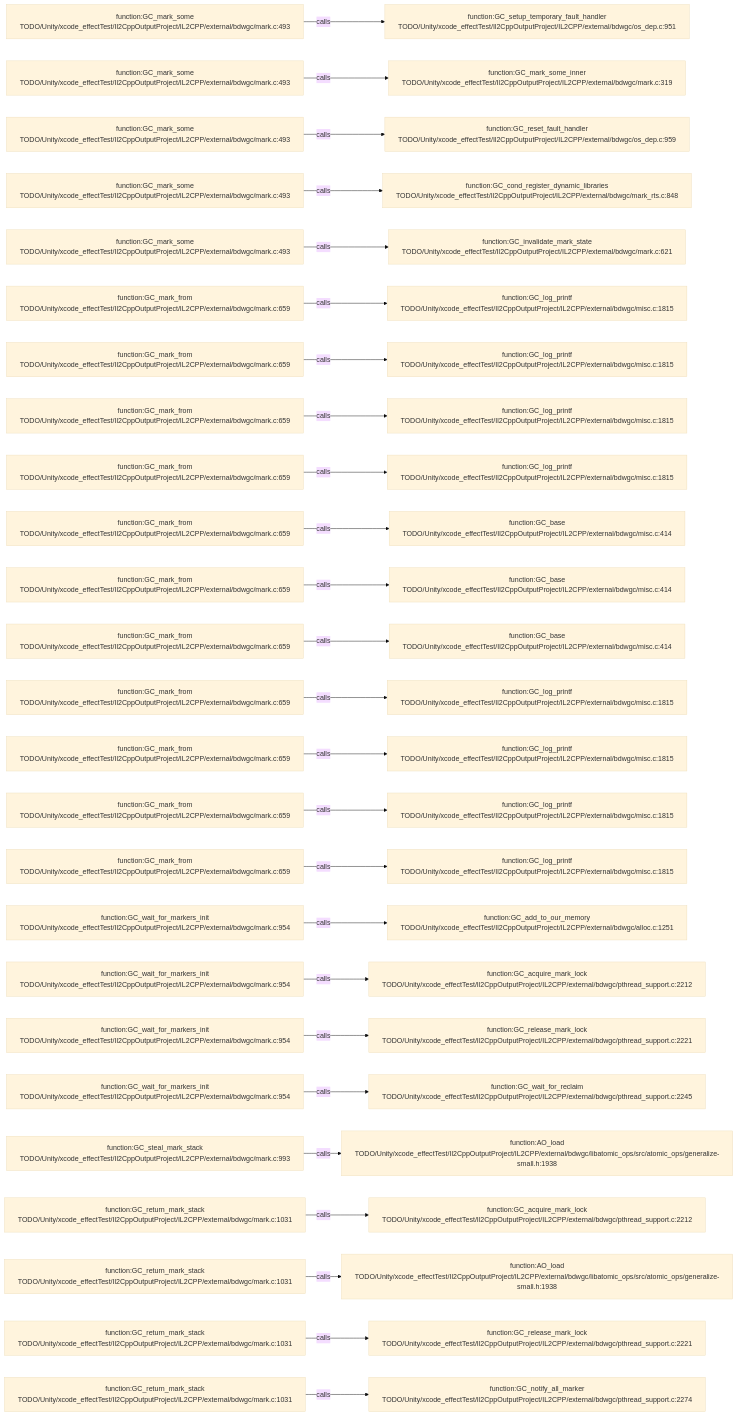
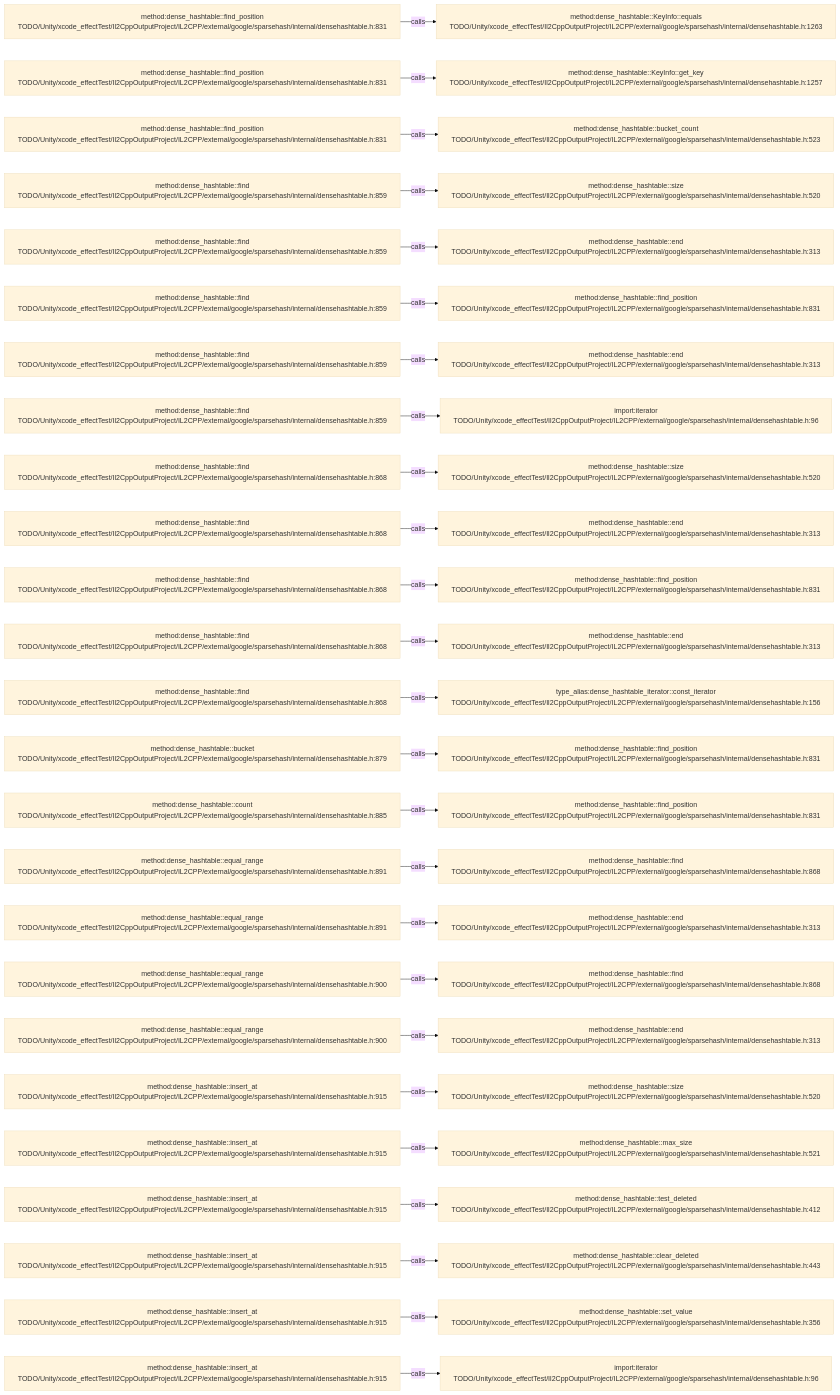
Before and after one commit to JobsKits/JobsSwiftBaseConfigDemo: the diagram in .codegraph/codegraph.md/graphs/calls-197.md, drawn with Mermaid (base theme). The commit also changed 227 other files, not shown here.

````diff
--- a/.codegraph/codegraph.md/graphs/calls-197.md
+++ b/.codegraph/codegraph.md/graphs/calls-197.md
@@ -13,78 +13,78 @@
 ```mermaid
 flowchart LR
-  S1["function:GC_mark_some<br/>TODO/Unity/xcode_effectTest/Il2CppOutputProject/IL2CPP/external/bdwgc/mark.c:493"]
-  T1["function:GC_setup_temporary_fault_handler<br/>TODO/Unity/xcode_effectTest/Il2CppOutputProject/IL2CPP/external/bdwgc/os_dep.c:951"]
+  S1["method:dense_hashtable::find_position<br/>TODO/Unity/xcode_effectTest/Il2CppOutputProject/IL2CPP/external/google/sparsehash/internal/densehashtable.h:831"]
+  T1["method:dense_hashtable::KeyInfo::equals<br/>TODO/Unity/xcode_effectTest/Il2CppOutputProject/IL2CPP/external/google/sparsehash/internal/densehashtable.h:1263"]
   S1 -->|calls| T1
-  S2["function:GC_mark_some<br/>TODO/Unity/xcode_effectTest/Il2CppOutputProject/IL2CPP/external/bdwgc/mark.c:493"]
-  T2["function:GC_mark_some_inner<br/>TODO/Unity/xcode_effectTest/Il2CppOutputProject/IL2CPP/external/bdwgc/mark.c:319"]
+  S2["method:dense_hashtable::find_position<br/>TODO/Unity/xcode_effectTest/Il2CppOutputProject/IL2CPP/external/google/sparsehash/internal/densehashtable.h:831"]
+  T2["method:dense_hashtable::KeyInfo::get_key<br/>TODO/Unity/xcode_effectTest/Il2CppOutputProject/IL2CPP/external/google/sparsehash/internal/densehashtable.h:1257"]
   S2 -->|calls| T2
-  S3["function:GC_mark_some<br/>TODO/Unity/xcode_effectTest/Il2CppOutputProject/IL2CPP/external/bdwgc/mark.c:493"]
-  T3["function:GC_reset_fault_handler<br/>TODO/Unity/xcode_effectTest/Il2CppOutputProject/IL2CPP/external/bdwgc/os_dep.c:959"]
+  S3["method:dense_hashtable::find_position<br/>TODO/Unity/xcode_effectTest/Il2CppOutputProject/IL2CPP/external/google/sparsehash/internal/densehashtable.h:831"]
+  T3["method:dense_hashtable::bucket_count<br/>TODO/Unity/xcode_effectTest/Il2CppOutputProject/IL2CPP/external/google/sparsehash/internal/densehashtable.h:523"]
   S3 -->|calls| T3
-  S4["function:GC_mark_some<br/>TODO/Unity/xcode_effectTest/Il2CppOutputProject/IL2CPP/external/bdwgc/mark.c:493"]
-  T4["function:GC_cond_register_dynamic_libraries<br/>TODO/Unity/xcode_effectTest/Il2CppOutputProject/IL2CPP/external/bdwgc/mark_rts.c:848"]
+  S4["method:dense_hashtable::find<br/>TODO/Unity/xcode_effectTest/Il2CppOutputProject/IL2CPP/external/google/sparsehash/internal/densehashtable.h:859"]
+  T4["method:dense_hashtable::size<br/>TODO/Unity/xcode_effectTest/Il2CppOutputProject/IL2CPP/external/google/sparsehash/internal/densehashtable.h:520"]
   S4 -->|calls| T4
-  S5["function:GC_mark_some<br/>TODO/Unity/xcode_effectTest/Il2CppOutputProject/IL2CPP/external/bdwgc/mark.c:493"]
-  T5["function:GC_invalidate_mark_state<br/>TODO/Unity/xcode_effectTest/Il2CppOutputProject/IL2CPP/external/bdwgc/mark.c:621"]
+  S5["method:dense_hashtable::find<br/>TODO/Unity/xcode_effectTest/Il2CppOutputProject/IL2CPP/external/google/sparsehash/internal/densehashtable.h:859"]
+  T5["method:dense_hashtable::end<br/>TODO/Unity/xcode_effectTest/Il2CppOutputProject/IL2CPP/external/google/sparsehash/internal/densehashtable.h:313"]
   S5 -->|calls| T5
-  S6["function:GC_mark_from<br/>TODO/Unity/xcode_effectTest/Il2CppOutputProject/IL2CPP/external/bdwgc/mark.c:659"]
-  T6["function:GC_log_printf<br/>TODO/Unity/xcode_effectTest/Il2CppOutputProject/IL2CPP/external/bdwgc/misc.c:1815"]
+  S6["method:dense_hashtable::find<br/>TODO/Unity/xcode_effectTest/Il2CppOutputProject/IL2CPP/external/google/sparsehash/internal/densehashtable.h:859"]
+  T6["method:dense_hashtable::find_position<br/>TODO/Unity/xcode_effectTest/Il2CppOutputProject/IL2CPP/external/google/sparsehash/internal/densehashtable.h:831"]
   S6 -->|calls| T6
-  S7["function:GC_mark_from<br/>TODO/Unity/xcode_effectTest/Il2CppOutputProject/IL2CPP/external/bdwgc/mark.c:659"]
-  T7["function:GC_log_printf<br/>TODO/Unity/xcode_effectTest/Il2CppOutputProject/IL2CPP/external/bdwgc/misc.c:1815"]
+  S7["method:dense_hashtable::find<br/>TODO/Unity/xcode_effectTest/Il2CppOutputProject/IL2CPP/external/google/sparsehash/internal/densehashtable.h:859"]
+  T7["method:dense_hashtable::end<br/>TODO/Unity/xcode_effectTest/Il2CppOutputProject/IL2CPP/external/google/sparsehash/internal/densehashtable.h:313"]
   S7 -->|calls| T7
-  S8["function:GC_mark_from<br/>TODO/Unity/xcode_effectTest/Il2CppOutputProject/IL2CPP/external/bdwgc/mark.c:659"]
-  T8["function:GC_log_printf<br/>TODO/Unity/xcode_effectTest/Il2CppOutputProject/IL2CPP/external/bdwgc/misc.c:1815"]
+  S8["method:dense_hashtable::find<br/>TODO/Unity/xcode_effectTest/Il2CppOutputProject/IL2CPP/external/google/sparsehash/internal/densehashtable.h:859"]
+  T8["import:iterator<br/>TODO/Unity/xcode_effectTest/Il2CppOutputProject/IL2CPP/external/google/sparsehash/internal/densehashtable.h:96"]
   S8 -->|calls| T8
-  S9["function:GC_mark_from<br/>TODO/Unity/xcode_effectTest/Il2CppOutputProject/IL2CPP/external/bdwgc/mark.c:659"]
-  T9["function:GC_log_printf<br/>TODO/Unity/xcode_effectTest/Il2CppOutputProject/IL2CPP/external/bdwgc/misc.c:1815"]
+  S9["method:dense_hashtable::find<br/>TODO/Unity/xcode_effectTest/Il2CppOutputProject/IL2CPP/external/google/sparsehash/internal/densehashtable.h:868"]
+  T9["method:dense_hashtable::size<br/>TODO/Unity/xcode_effectTest/Il2CppOutputProject/IL2CPP/external/google/sparsehash/internal/densehashtable.h:520"]
   S9 -->|calls| T9
-  S10["function:GC_mark_from<br/>TODO/Unity/xcode_effectTest/Il2CppOutputProject/IL2CPP/external/bdwgc/mark.c:659"]
-  T10["function:GC_base<br/>TODO/Unity/xcode_effectTest/Il2CppOutputProject/IL2CPP/external/bdwgc/misc.c:414"]
+  S10["method:dense_hashtable::find<br/>TODO/Unity/xcode_effectTest/Il2CppOutputProject/IL2CPP/external/google/sparsehash/internal/densehashtable.h:868"]
+  T10["method:dense_hashtable::end<br/>TODO/Unity/xcode_effectTest/Il2CppOutputProject/IL2CPP/external/google/sparsehash/internal/densehashtable.h:313"]
   S10 -->|calls| T10
-  S11["function:GC_mark_from<br/>TODO/Unity/xcode_effectTest/Il2CppOutputProject/IL2CPP/external/bdwgc/mark.c:659"]
-  T11["function:GC_base<br/>TODO/Unity/xcode_effectTest/Il2CppOutputProject/IL2CPP/external/bdwgc/misc.c:414"]
+  S11["method:dense_hashtable::find<br/>TODO/Unity/xcode_effectTest/Il2CppOutputProject/IL2CPP/external/google/sparsehash/internal/densehashtable.h:868"]
+  T11["method:dense_hashtable::find_position<br/>TODO/Unity/xcode_effectTest/Il2CppOutputProject/IL2CPP/external/google/sparsehash/internal/densehashtable.h:831"]
   S11 -->|calls| T11
-  S12["function:GC_mark_from<br/>TODO/Unity/xcode_effectTest/Il2CppOutputProject/IL2CPP/external/bdwgc/mark.c:659"]
-  T12["function:GC_base<br/>TODO/Unity/xcode_effectTest/Il2CppOutputProject/IL2CPP/external/bdwgc/misc.c:414"]
+  S12["method:dense_hashtable::find<br/>TODO/Unity/xcode_effectTest/Il2CppOutputProject/IL2CPP/external/google/sparsehash/internal/densehashtable.h:868"]
+  T12["method:dense_hashtable::end<br/>TODO/Unity/xcode_effectTest/Il2CppOutputProject/IL2CPP/external/google/sparsehash/internal/densehashtable.h:313"]
   S12 -->|calls| T12
-  S13["function:GC_mark_from<br/>TODO/Unity/xcode_effectTest/Il2CppOutputProject/IL2CPP/external/bdwgc/mark.c:659"]
-  T13["function:GC_log_printf<br/>TODO/Unity/xcode_effectTest/Il2CppOutputProject/IL2CPP/external/bdwgc/misc.c:1815"]
+  S13["method:dense_hashtable::find<br/>TODO/Unity/xcode_effectTest/Il2CppOutputProject/IL2CPP/external/google/sparsehash/internal/densehashtable.h:868"]
+  T13["type_alias:dense_hashtable_iterator::const_iterator<br/>TODO/Unity/xcode_effectTest/Il2CppOutputProject/IL2CPP/external/google/sparsehash/internal/densehashtable.h:156"]
   S13 -->|calls| T13
-  S14["function:GC_mark_from<br/>TODO/Unity/xcode_effectTest/Il2CppOutputProject/IL2CPP/external/bdwgc/mark.c:659"]
-  T14["function:GC_log_printf<br/>TODO/Unity/xcode_effectTest/Il2CppOutputProject/IL2CPP/external/bdwgc/misc.c:1815"]
+  S14["method:dense_hashtable::bucket<br/>TODO/Unity/xcode_effectTest/Il2CppOutputProject/IL2CPP/external/google/sparsehash/internal/densehashtable.h:879"]
+  T14["method:dense_hashtable::find_position<br/>TODO/Unity/xcode_effectTest/Il2CppOutputProject/IL2CPP/external/google/sparsehash/internal/densehashtable.h:831"]
   S14 -->|calls| T14
-  S15["function:GC_mark_from<br/>TODO/Unity/xcode_effectTest/Il2CppOutputProject/IL2CPP/external/bdwgc/mark.c:659"]
-  T15["function:GC_log_printf<br/>TODO/Unity/xcode_effectTest/Il2CppOutputProject/IL2CPP/external/bdwgc/misc.c:1815"]
+  S15["method:dense_hashtable::count<br/>TODO/Unity/xcode_effectTest/Il2CppOutputProject/IL2CPP/external/google/sparsehash/internal/densehashtable.h:885"]
+  T15["method:dense_hashtable::find_position<br/>TODO/Unity/xcode_effectTest/Il2CppOutputProject/IL2CPP/external/google/sparsehash/internal/densehashtable.h:831"]
   S15 -->|calls| T15
-  S16["function:GC_mark_from<br/>TODO/Unity/xcode_effectTest/Il2CppOutputProject/IL2CPP/external/bdwgc/mark.c:659"]
-  T16["function:GC_log_printf<br/>TODO/Unity/xcode_effectTest/Il2CppOutputProject/IL2CPP/external/bdwgc/misc.c:1815"]
+  S16["method:dense_hashtable::equal_range<br/>TODO/Unity/xcode_effectTest/Il2CppOutputProject/IL2CPP/external/google/sparsehash/internal/densehashtable.h:891"]
+  T16["method:dense_hashtable::find<br/>TODO/Unity/xcode_effectTest/Il2CppOutputProject/IL2CPP/external/google/sparsehash/internal/densehashtable.h:868"]
   S16 -->|calls| T16
-  S17["function:GC_wait_for_markers_init<br/>TODO/Unity/xcode_effectTest/Il2CppOutputProject/IL2CPP/external/bdwgc/mark.c:954"]
-  T17["function:GC_add_to_our_memory<br/>TODO/Unity/xcode_effectTest/Il2CppOutputProject/IL2CPP/external/bdwgc/alloc.c:1251"]
+  S17["method:dense_hashtable::equal_range<br/>TODO/Unity/xcode_effectTest/Il2CppOutputProject/IL2CPP/external/google/sparsehash/internal/densehashtable.h:891"]
+  T17["method:dense_hashtable::end<br/>TODO/Unity/xcode_effectTest/Il2CppOutputProject/IL2CPP/external/google/sparsehash/internal/densehashtable.h:313"]
   S17 -->|calls| T17
-  S18["function:GC_wait_for_markers_init<br/>TODO/Unity/xcode_effectTest/Il2CppOutputProject/IL2CPP/external/bdwgc/mark.c:954"]
-  T18["function:GC_acquire_mark_lock<br/>TODO/Unity/xcode_effectTest/Il2CppOutputProject/IL2CPP/external/bdwgc/pthread_support.c:2212"]
+  S18["method:dense_hashtable::equal_range<br/>TODO/Unity/xcode_effectTest/Il2CppOutputProject/IL2CPP/external/google/sparsehash/internal/densehashtable.h:900"]
+  T18["method:dense_hashtable::find<br/>TODO/Unity/xcode_effectTest/Il2CppOutputProject/IL2CPP/external/google/sparsehash/internal/densehashtable.h:868"]
   S18 -->|calls| T18
-  S19["function:GC_wait_for_markers_init<br/>TODO/Unity/xcode_effectTest/Il2CppOutputProject/IL2CPP/external/bdwgc/mark.c:954"]
-  T19["function:GC_release_mark_lock<br/>TODO/Unity/xcode_effectTest/Il2CppOutputProject/IL2CPP/external/bdwgc/pthread_support.c:2221"]
+  S19["method:dense_hashtable::equal_range<br/>TODO/Unity/xcode_effectTest/Il2CppOutputProject/IL2CPP/external/google/sparsehash/internal/densehashtable.h:900"]
+  T19["method:dense_hashtable::end<br/>TODO/Unity/xcode_effectTest/Il2CppOutputProject/IL2CPP/external/google/sparsehash/internal/densehashtable.h:313"]
   S19 -->|calls| T19
-  S20["function:GC_wait_for_markers_init<br/>TODO/Unity/xcode_effectTest/Il2CppOutputProject/IL2CPP/external/bdwgc/mark.c:954"]
-  T20["function:GC_wait_for_reclaim<br/>TODO/Unity/xcode_effectTest/Il2CppOutputProject/IL2CPP/external/bdwgc/pthread_support.c:2245"]
+  S20["method:dense_hashtable::insert_at<br/>TODO/Unity/xcode_effectTest/Il2CppOutputProject/IL2CPP/external/google/sparsehash/internal/densehashtable.h:915"]
+  T20["method:dense_hashtable::size<br/>TODO/Unity/xcode_effectTest/Il2CppOutputProject/IL2CPP/external/google/sparsehash/internal/densehashtable.h:520"]
   S20 -->|calls| T20
-  S21["function:GC_steal_mark_stack<br/>TODO/Unity/xcode_effectTest/Il2CppOutputProject/IL2CPP/external/bdwgc/mark.c:993"]
-  T21["function:AO_load<br/>TODO/Unity/xcode_effectTest/Il2CppOutputProject/IL2CPP/external/bdwgc/libatomic_ops/src/atomic_ops/generalize-small.h:1938"]
+  S21["method:dense_hashtable::insert_at<br/>TODO/Unity/xcode_effectTest/Il2CppOutputProject/IL2CPP/external/google/sparsehash/internal/densehashtable.h:915"]
+  T21["method:dense_hashtable::max_size<br/>TODO/Unity/xcode_effectTest/Il2CppOutputProject/IL2CPP/external/google/sparsehash/internal/densehashtable.h:521"]
   S21 -->|calls| T21
-  S22["function:GC_return_mark_stack<br/>TODO/Unity/xcode_effectTest/Il2CppOutputProject/IL2CPP/external/bdwgc/mark.c:1031"]
-  T22["function:GC_acquire_mark_lock<br/>TODO/Unity/xcode_effectTest/Il2CppOutputProject/IL2CPP/external/bdwgc/pthread_support.c:2212"]
+  S22["method:dense_hashtable::insert_at<br/>TODO/Unity/xcode_effectTest/Il2CppOutputProject/IL2CPP/external/google/sparsehash/internal/densehashtable.h:915"]
+  T22["method:dense_hashtable::test_deleted<br/>TODO/Unity/xcode_effectTest/Il2CppOutputProject/IL2CPP/external/google/sparsehash/internal/densehashtable.h:412"]
   S22 -->|calls| T22
-  S23["function:GC_return_mark_stack<br/>TODO/Unity/xcode_effectTest/Il2CppOutputProject/IL2CPP/external/bdwgc/mark.c:1031"]
-  T23["function:AO_load<br/>TODO/Unity/xcode_effectTest/Il2CppOutputProject/IL2CPP/external/bdwgc/libatomic_ops/src/atomic_ops/generalize-small.h:1938"]
+  S23["method:dense_hashtable::insert_at<br/>TODO/Unity/xcode_effectTest/Il2CppOutputProject/IL2CPP/external/google/sparsehash/internal/densehashtable.h:915"]
+  T23["method:dense_hashtable::clear_deleted<br/>TODO/Unity/xcode_effectTest/Il2CppOutputProject/IL2CPP/external/google/sparsehash/internal/densehashtable.h:443"]
   S23 -->|calls| T23
-  S24["function:GC_return_mark_stack<br/>TODO/Unity/xcode_effectTest/Il2CppOutputProject/IL2CPP/external/bdwgc/mark.c:1031"]
-  T24["function:GC_release_mark_lock<br/>TODO/Unity/xcode_effectTest/Il2CppOutputProject/IL2CPP/external/bdwgc/pthread_support.c:2221"]
+  S24["method:dense_hashtable::insert_at<br/>TODO/Unity/xcode_effectTest/Il2CppOutputProject/IL2CPP/external/google/sparsehash/internal/densehashtable.h:915"]
+  T24["method:dense_hashtable::set_value<br/>TODO/Unity/xcode_effectTest/Il2CppOutputProject/IL2CPP/external/google/sparsehash/internal/densehashtable.h:356"]
   S24 -->|calls| T24
-  S25["function:GC_return_mark_stack<br/>TODO/Unity/xcode_effectTest/Il2CppOutputProject/IL2CPP/external/bdwgc/mark.c:1031"]
-  T25["function:GC_notify_all_marker<br/>TODO/Unity/xcode_effectTest/Il2CppOutputProject/IL2CPP/external/bdwgc/pthread_support.c:2274"]
+  S25["method:dense_hashtable::insert_at<br/>TODO/Unity/xcode_effectTest/Il2CppOutputProject/IL2CPP/external/google/sparsehash/internal/densehashtable.h:915"]
+  T25["import:iterator<br/>TODO/Unity/xcode_effectTest/Il2CppOutputProject/IL2CPP/external/google/sparsehash/internal/densehashtable.h:96"]
   S25 -->|calls| T25
 ```
````
